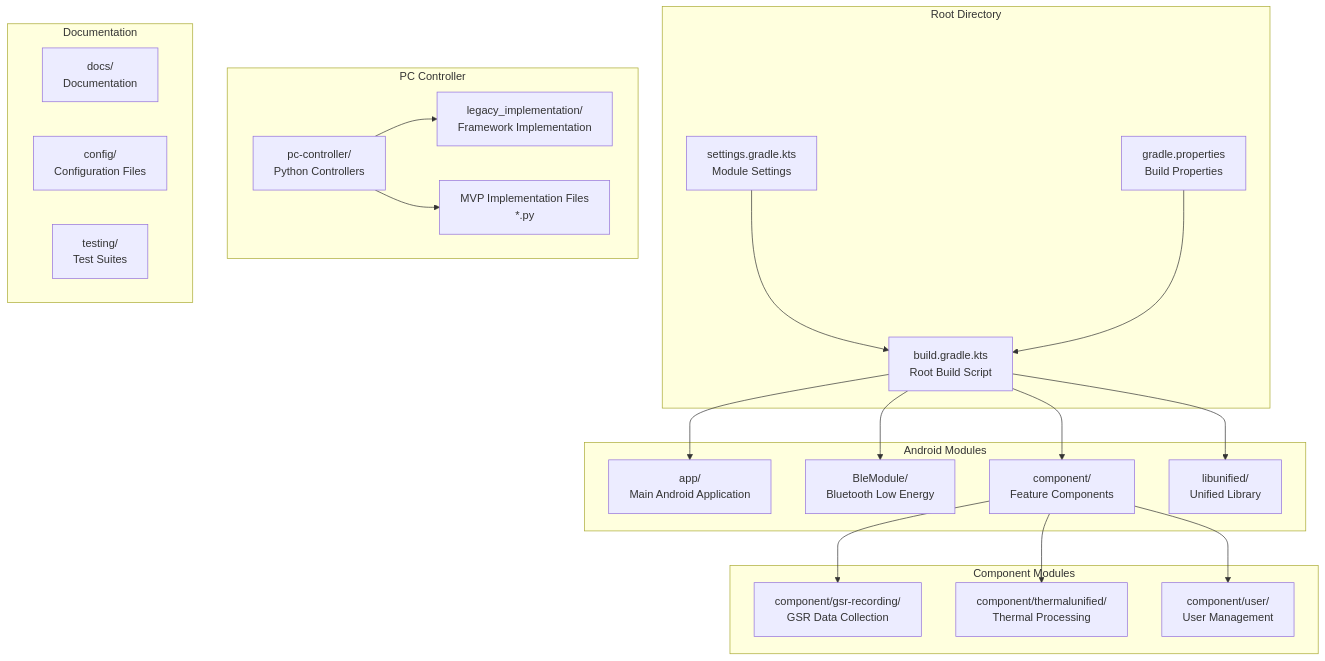
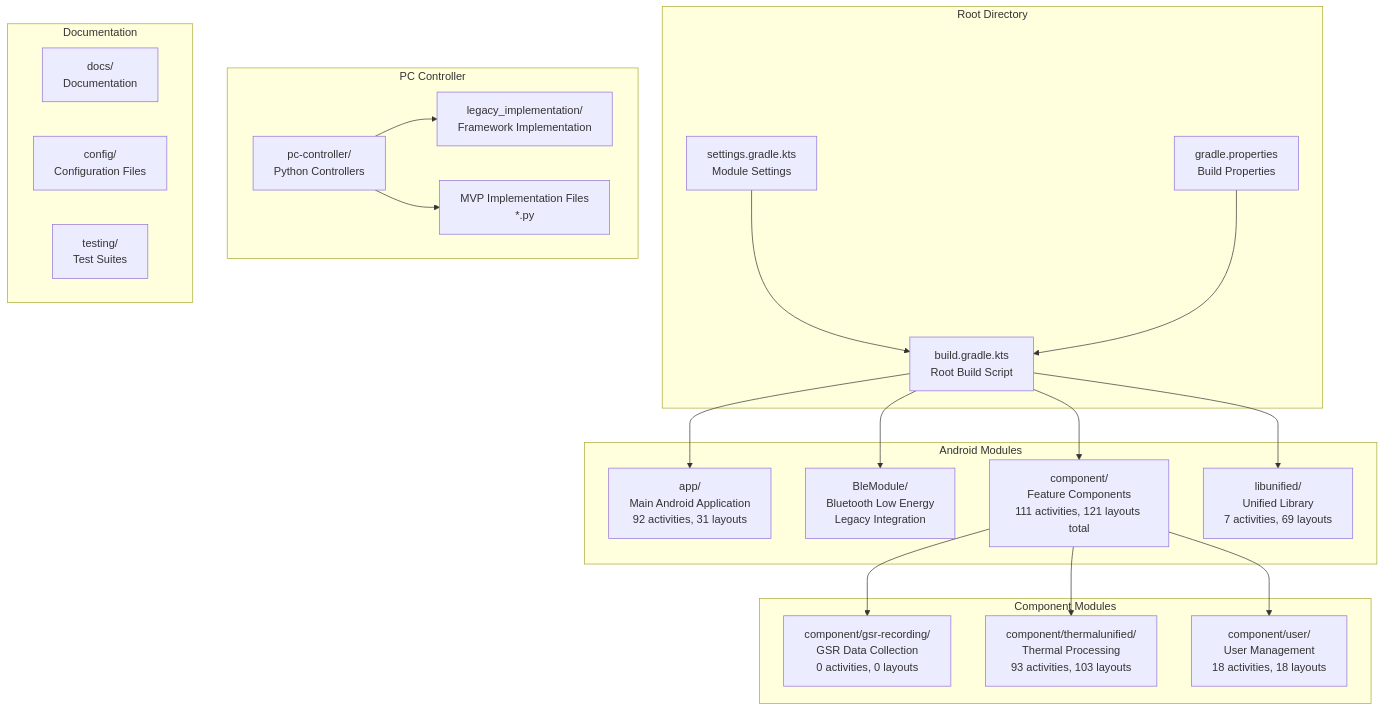
One commit to uclgsr/IRCamera changed the second of 11 diagrams in docs/COMPREHENSIVE_ARCHITECTURE_DIAGRAMS.md. Above: the diagram before and after it, drawn with Mermaid. The commit also changed other lines of this file and 6 other files, not shown here.

Commit message:
Update all mermaid diagrams with accurate counts and module breakdown

````diff
--- a/docs/COMPREHENSIVE_ARCHITECTURE_DIAGRAMS.md
+++ b/docs/COMPREHENSIVE_ARCHITECTURE_DIAGRAMS.md
@@ -79,48 +79,48 @@
 ```mermaid
 graph TB
     subgraph "Root Directory"
         RootBuild[build.gradle.kts<br/>Root Build Script]
         Settings[settings.gradle.kts<br/>Module Settings]
         GradleProps[gradle.properties<br/>Build Properties]
     end
     
     subgraph "Android Modules"
-        AppModule[app/<br/>Main Android Application]
-        BleModuleDir[BleModule/<br/>Bluetooth Low Energy]
-        ComponentDir[component/<br/>Feature Components]
-        LibUnified[libunified/<br/>Unified Library]
+        AppModule[app/<br/>Main Android Application<br/>92 activities, 31 layouts]
+        BleModuleDir[BleModule/<br/>Bluetooth Low Energy<br/>Legacy Integration]
+        ComponentDir[component/<br/>Feature Components<br/>111 activities, 121 layouts total]
+        LibUnified[libunified/<br/>Unified Library<br/>7 activities, 69 layouts]
     end
     
     subgraph "Component Modules"
-        GSRRecording[component/gsr-recording/<br/>GSR Data Collection]
-        ThermalUnified[component/thermalunified/<br/>Thermal Processing]
-        UserModule[component/user/<br/>User Management]
+        GSRRecording[component/gsr-recording/<br/>GSR Data Collection<br/>0 activities, 0 layouts]
+        ThermalUnified[component/thermalunified/<br/>Thermal Processing<br/>93 activities, 103 layouts]
+        UserModule[component/user/<br/>User Management<br/>18 activities, 18 layouts]
     end
     
     subgraph "PC Controller"
         PCRoot[pc-controller/<br/>Python Controllers]
         LegacyImpl[legacy_implementation/<br/>Framework Implementation]
         MVPFiles[MVP Implementation Files<br/>*.py]
     end
     
     subgraph "Documentation"
         DocsDir[docs/<br/>Documentation]
         ConfigDir[config/<br/>Configuration Files]
         TestingDir[testing/<br/>Test Suites]
     end
     
     RootBuild --> AppModule
     RootBuild --> BleModuleDir
     RootBuild --> ComponentDir
     RootBuild --> LibUnified
     
     Settings --> RootBuild
     GradleProps --> RootBuild
     
     ComponentDir --> GSRRecording
     ComponentDir --> ThermalUnified
     ComponentDir --> UserModule
     
     PCRoot --> LegacyImpl
     PCRoot --> MVPFiles
 ```
````
